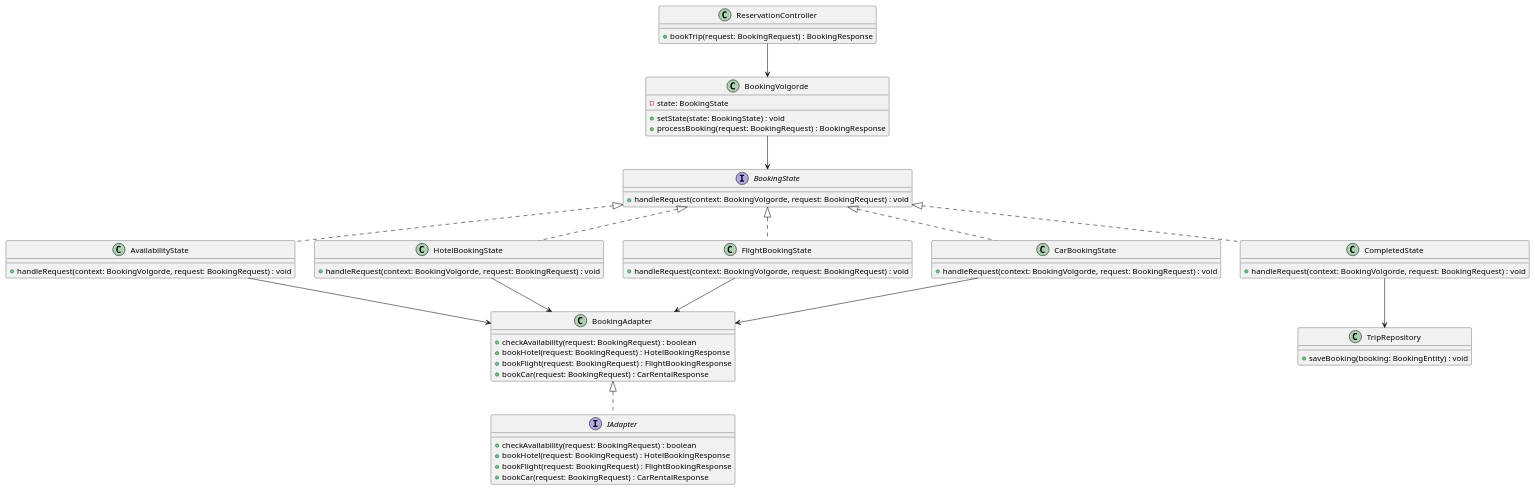
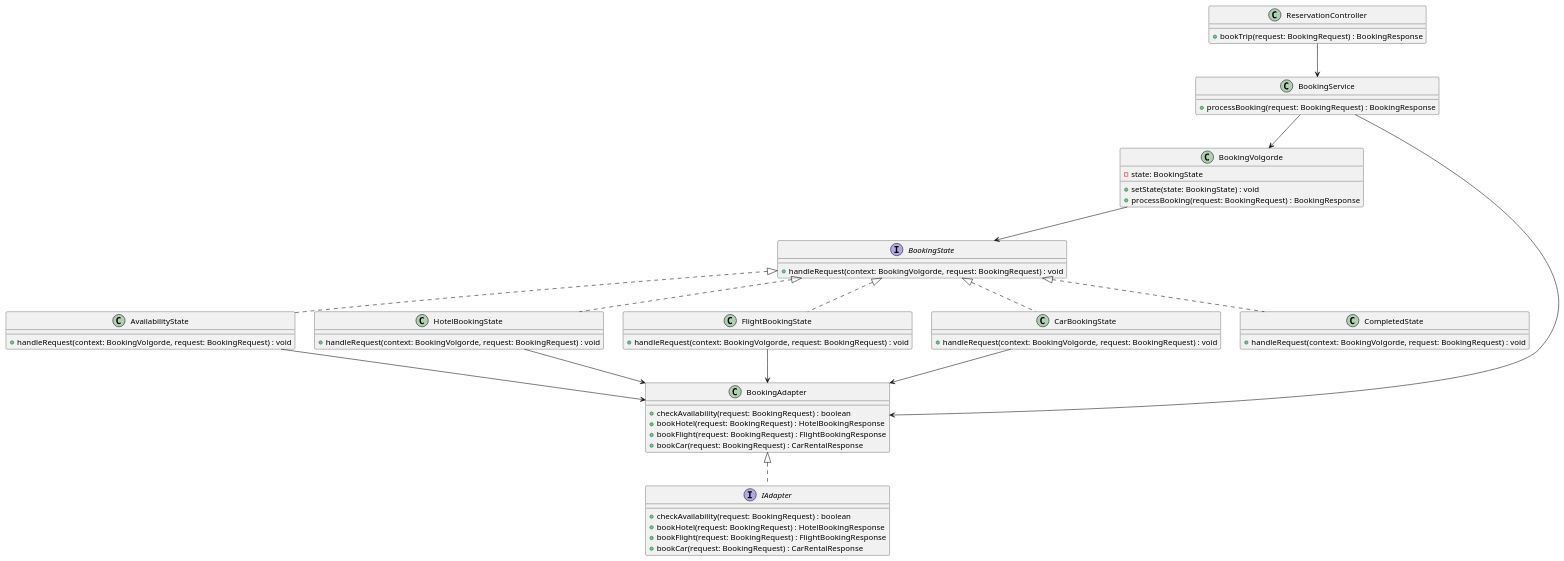
Before and after one commit to AIM-ENE-feb25/triptop-beca: the diagram in opdracht-diagrammen/voorbereiding/les-04/finalClass-diagram.puml, drawn with PlantUML.

Commit message:
tweede versie

```diff
--- a/opdracht-diagrammen/voorbereiding/les-04/finalClass-diagram.puml
+++ b/opdracht-diagrammen/voorbereiding/les-04/finalClass-diagram.puml
@@ -1,67 +1,69 @@
 @startuml
 class ReservationController {
   + bookTrip(request: BookingRequest) : BookingResponse
 }
 
 class BookingVolgorde {
   - state: BookingState
   + setState(state: BookingState) : void
+  + processBooking(request: BookingRequest) : BookingResponse
+}
+
+class BookingService {
   + processBooking(request: BookingRequest) : BookingResponse
 }
 
 interface BookingState {
   + handleRequest(context: BookingVolgorde, request: BookingRequest) : void
 }
 
 class AvailabilityState {
   + handleRequest(context: BookingVolgorde, request: BookingRequest) : void
 }
 
 class HotelBookingState {
   + handleRequest(context: BookingVolgorde, request: BookingRequest) : void
 }
 
 class FlightBookingState {
   + handleRequest(context: BookingVolgorde, request: BookingRequest) : void
 }
 
 class CarBookingState {
   + handleRequest(context: BookingVolgorde, request: BookingRequest) : void
 }
 
 class CompletedState {
   + handleRequest(context: BookingVolgorde, request: BookingRequest) : void
 }
 
 interface IAdapter {
   + checkAvailability(request: BookingRequest) : boolean
   + bookHotel(request: BookingRequest) : HotelBookingResponse
   + bookFlight(request: BookingRequest) : FlightBookingResponse
   + bookCar(request: BookingRequest) : CarRentalResponse
 }
 
 class BookingAdapter {
   + checkAvailability(request: BookingRequest) : boolean
   + bookHotel(request: BookingRequest) : HotelBookingResponse
   + bookFlight(request: BookingRequest) : FlightBookingResponse
   + bookCar(request: BookingRequest) : CarRentalResponse
 }
 
-class TripRepository {
-  + saveBooking(booking: BookingEntity) : void
-}
 
-ReservationController --> BookingVolgorde
+ReservationController --> BookingService
+BookingService --> BookingAdapter
+BookingService --> BookingVolgorde
 BookingVolgorde --> BookingState
 BookingState <|.. AvailabilityState
 BookingState <|.. HotelBookingState
 BookingState <|.. FlightBookingState
 BookingState <|.. CarBookingState
 BookingState <|.. CompletedState
 AvailabilityState --> BookingAdapter
 HotelBookingState --> BookingAdapter
 FlightBookingState --> BookingAdapter
 CarBookingState --> BookingAdapter
-CompletedState --> TripRepository
 BookingAdapter <|.. IAdapter
 @enduml
```
